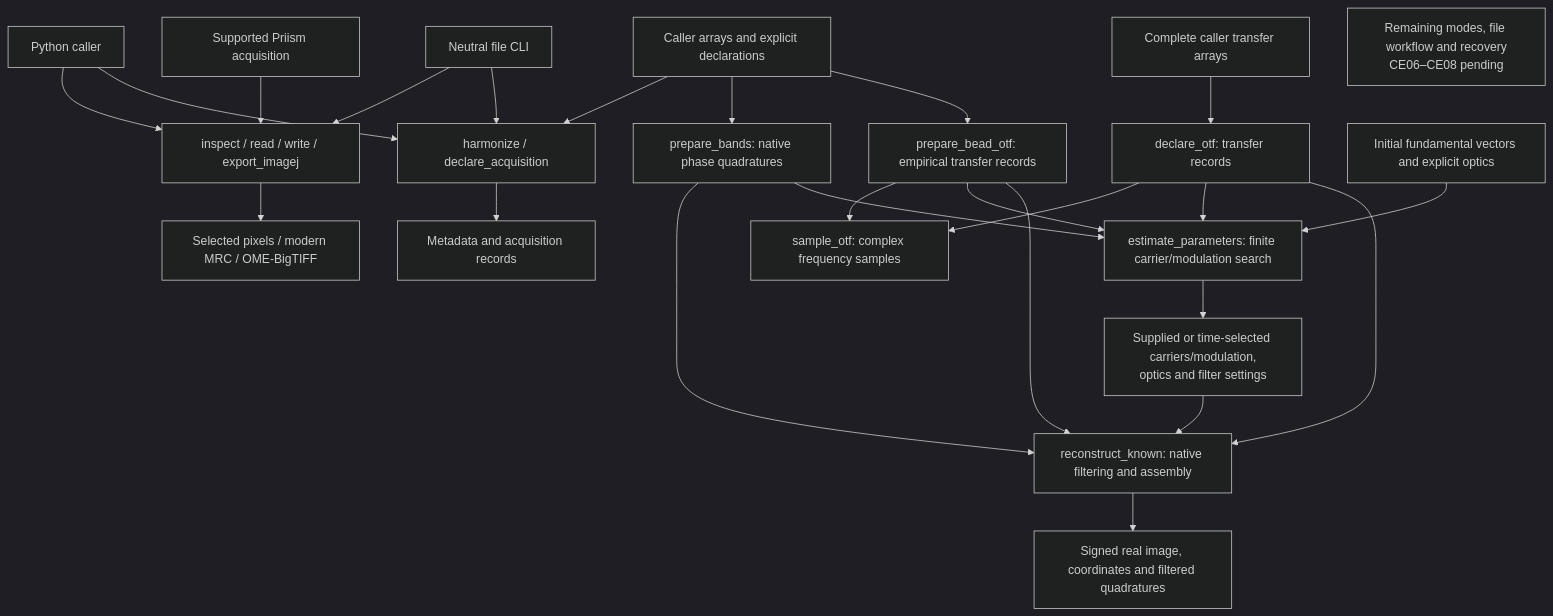
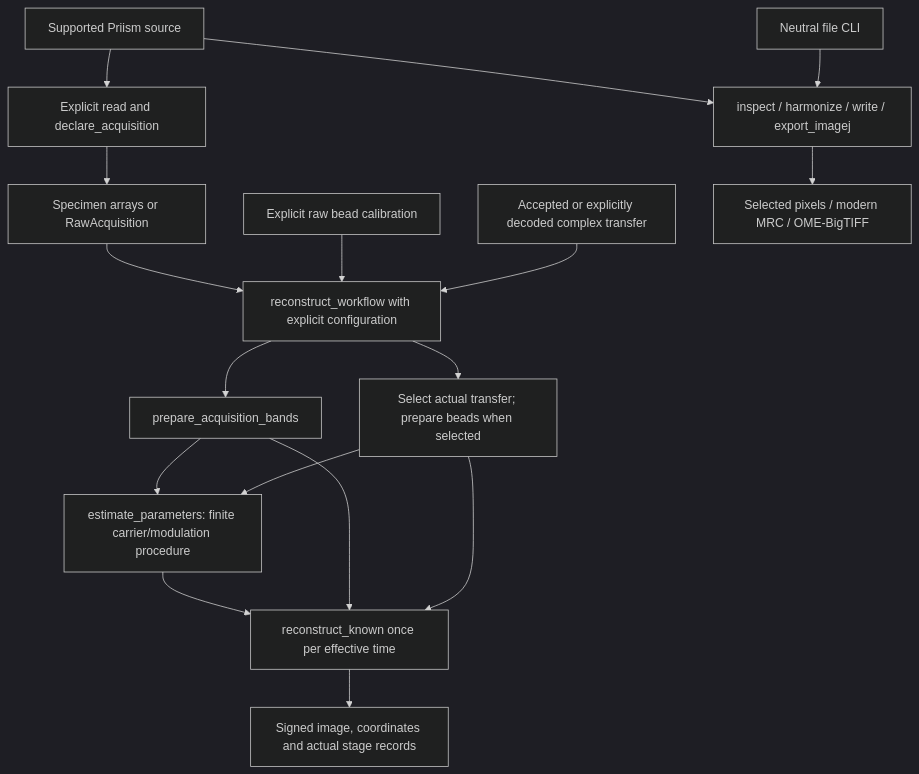
One commit to david-hoffman/simrecon changed the diagram in README.md. Above: the diagram before and after it, drawn with Mermaid (dark theme). The commit also changed other lines of this file and 35 other files, not shown here.

````diff
--- a/README.md
+++ b/README.md
@@ -46,27 +54,19 @@
 ```mermaid
 flowchart TD
-    Python["Python caller"] --> Files["inspect / read / write / export_imagej"]
-    Python --> Metadata["harmonize / declare_acquisition"]
-    CLI["Neutral file CLI"] --> Files
-    CLI --> Metadata
-    Source["Supported Priism acquisition"] --> Files
-    Arrays["Caller arrays and explicit declarations"] --> Metadata
-    Files --> Output["Selected pixels / modern MRC / OME-BigTIFF"]
-    Metadata --> Records["Metadata and acquisition records"]
-    Arrays --> Bands["prepare_bands: native phase quadratures"]
-    Arrays --> Bead["prepare_bead_otf: empirical transfer records"]
-    Tables["Complete caller transfer arrays"] --> Declared["declare_otf: transfer records"]
-    Bead --> Sampling["sample_otf: complex frequency samples"]
-    Declared --> Sampling
-    Bands --> Known["reconstruct_known: native filtering and assembly"]
-    Bands --> Estimate["estimate_parameters: finite carrier/modulation search"]
-    Bead --> Estimate
-    Declared --> Estimate
-    Guesses["Initial fundamental vectors and explicit optics"] --> Estimate
-    Estimate --> Parameters
-    Bead --> Known
-    Declared --> Known
-    Parameters["Supplied or time-selected carriers/modulation,<br/>optics and filter settings"] --> Known
-    Known --> Image["Signed real image, coordinates and filtered quadratures"]
-    Future["Remaining modes, file workflow and recovery<br/>CE06–CE08 pending"]
+    Source["Supported Priism source"] --> Read["Explicit read and declare_acquisition"]
+    Read --> Values["Specimen arrays or RawAcquisition"]
+    Values --> Workflow["reconstruct_workflow with explicit configuration"]
+    Beads["Explicit raw bead calibration"] --> Workflow
+    Tables["Accepted or explicitly decoded complex transfer"] --> Workflow
+    Workflow --> Transfer["Select actual transfer; prepare beads when selected"]
+    Workflow --> Bands["prepare_acquisition_bands"]
+    Bands --> Estimate["estimate_parameters: finite carrier/modulation procedure"]
+    Transfer --> Estimate
+    Estimate --> Known["reconstruct_known once per effective time"]
+    Bands --> Known
+    Transfer --> Known
+    Known --> Image["Signed image, coordinates and actual stage records"]
+    Source --> Neutral["inspect / harmonize / write / export_imagej"]
+    CLI["Neutral file CLI"] --> Neutral
+    Neutral --> Copies["Selected pixels / modern MRC / OME-BigTIFF"]
 ```
````
